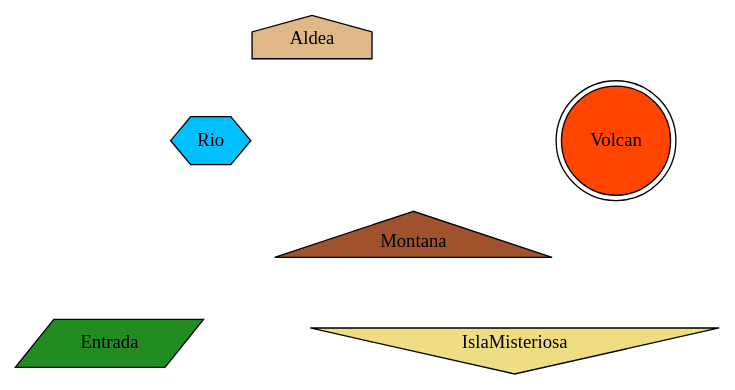
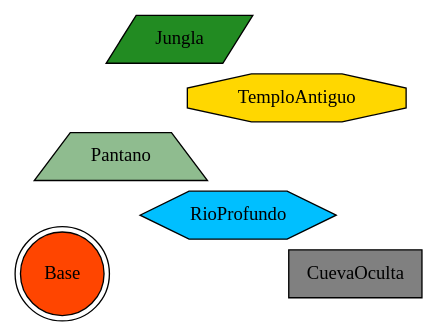
One commit to WilOtzoy/LFP_202300697 changed the diagram in Proyecto2/grafo.dot. Above: the diagram before and after it, drawn with Graphviz. The commit also changed 3 other files, not shown here.

```diff
--- a/Proyecto2/grafo.dot
+++ b/Proyecto2/grafo.dot
@@ -1,4 +1,4 @@
 digraph G {
-node [style=filled fontname="Times-Roman"];
+node [style=filled fontname="Noto Color Emoji"];
 graph [layout=neato, splines=true, overlap=false];
-Montana[label="Montana", shape=triangle, fillcolor= sienna, pos="3,1!"];Volcan[label="Volcan", shape=doublecircle, fillcolor= orangered, pos="5,2!"];Aldea[label="Aldea", shape=house, fillcolor= burlywood, pos="2,3!"];Rio[label="Rio", shape=hexagon, fillcolor= deepskyblue, pos="1,2!"];IslaMisteriosa[label="IslaMisteriosa", shape=invtriangle, fillcolor= lightgoldenrod, pos="4,0!"];Entrada[label="Entrada", shape=parallelogram, fillcolor= forestgreen, pos="0,0!"];}
+Jungla[label="Jungla", shape=parallelogram, fillcolor= forestgreen, pos="2,4!"];Pantano[label="Pantano", shape=trapezium, fillcolor= darkseagreen, pos="1,2!"];RioProfundo[label="RioProfundo", shape=hexagon, fillcolor= deepskyblue, pos="3,1!"];TemploAntiguo[label="TemploAntiguo", shape=octagon, fillcolor= gold, pos="4,3!"];CuevaOculta[label="CuevaOculta", shape=box, fillcolor= gray, pos="5,0!"];Base[label="Base", shape=doublecircle, fillcolor= orangered, pos="0,0!"];}
```
